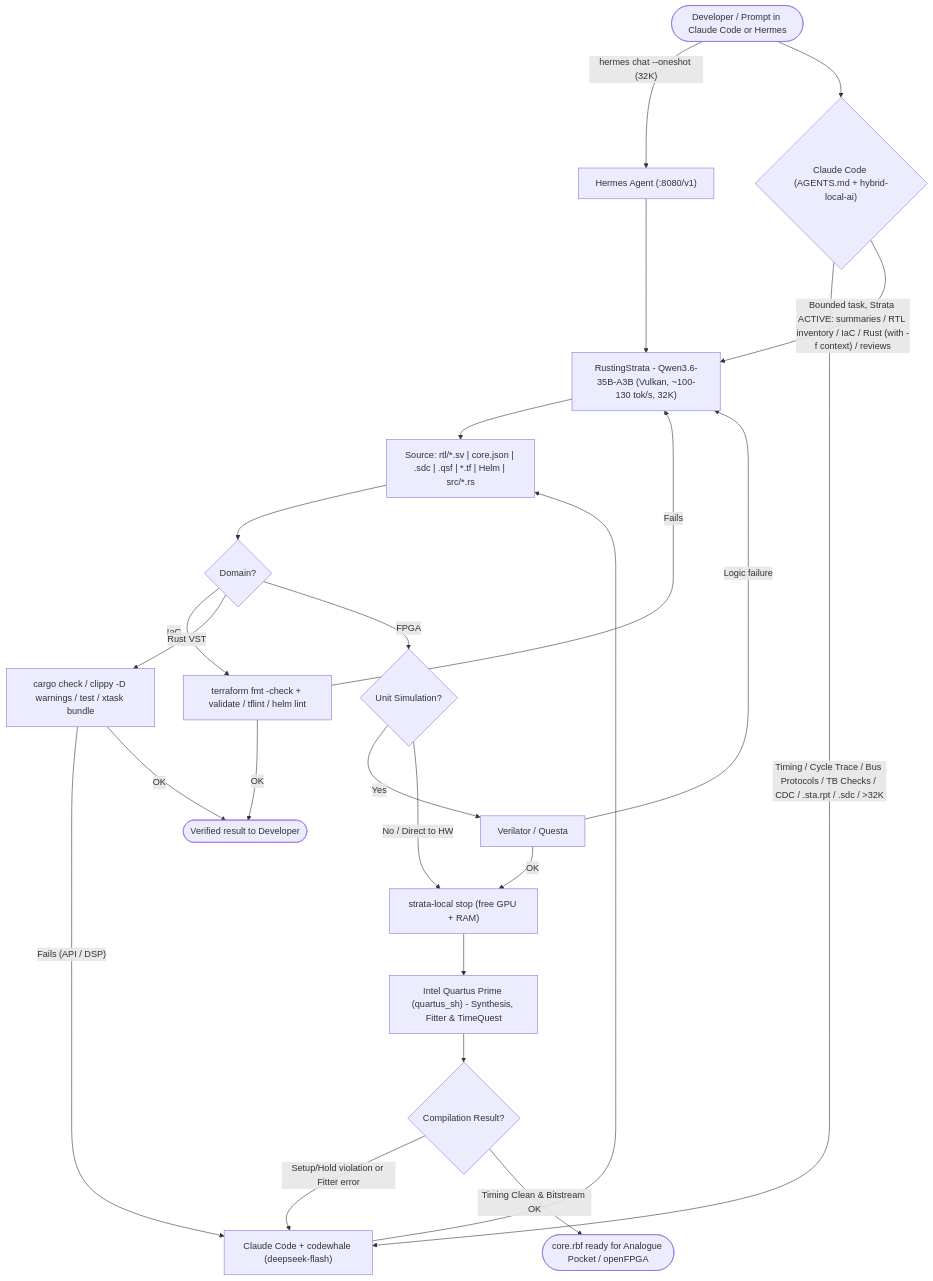
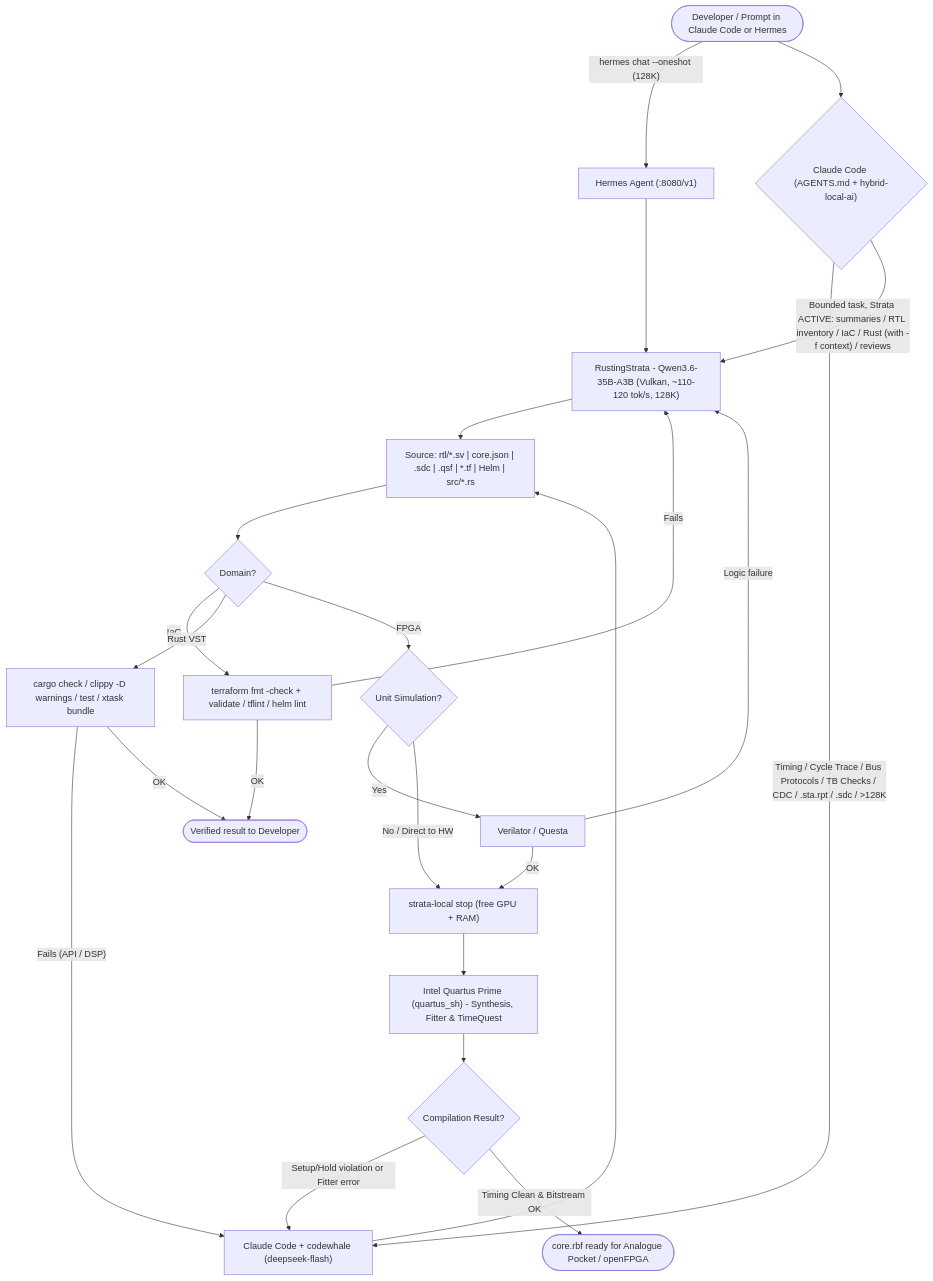
One commit to DanimanX/9070FpgaIAWorkflow changed the third of 3 diagrams in docs/ai-fpga-workflow.md. Above: the diagram before and after it, drawn with Mermaid. The commit also changed other lines of this file and 7 other files, not shown here.

````diff
--- a/docs/ai-fpga-workflow.md
+++ b/docs/ai-fpga-workflow.md
@@ -100,31 +100,31 @@
 ```mermaid
 flowchart TD
-    Dev(["Developer / Prompt in Claude Code or Hermes"]) -->|"hermes chat --oneshot (32K)"| Hermes["Hermes Agent (:8080/v1)"]
+    Dev(["Developer / Prompt in Claude Code or Hermes"]) -->|"hermes chat --oneshot (128K)"| Hermes["Hermes Agent (:8080/v1)"]
     Hermes --> Strata
     Dev --> Claude{"Claude Code (AGENTS.md + hybrid-local-ai)"}
 
-    Claude -->|"Timing / Cycle Trace / Bus Protocols / TB Checks / CDC / .sta.rpt / .sdc / >32K"| Arch["Claude Code + codewhale (deepseek-flash)"]
-    Claude -->|"Bounded task, Strata ACTIVE: summaries / RTL inventory / IaC / Rust (with -f context) / reviews"| Strata["RustingStrata - Qwen3.6-35B-A3B (Vulkan, ~100-130 tok/s, 32K)"]
+    Claude -->|"Timing / Cycle Trace / Bus Protocols / TB Checks / CDC / .sta.rpt / .sdc / >128K"| Arch["Claude Code + codewhale (deepseek-flash)"]
+    Claude -->|"Bounded task, Strata ACTIVE: summaries / RTL inventory / IaC / Rust (with -f context) / reviews"| Strata["RustingStrata - Qwen3.6-35B-A3B (Vulkan, ~110-120 tok/s, 128K)"]
 
     Arch --> Code["Source: rtl/*.sv | core.json | .sdc | .qsf | *.tf | Helm | src/*.rs"]
     Strata --> Code
 
     Code --> Domain{"Domain?"}
     Domain -->|"IaC"| TF["terraform fmt -check + validate / tflint / helm lint"]
     Domain -->|"Rust VST"| Cargo["cargo check / clippy -D warnings / test / xtask bundle"]
     TF -->|"Fails"| Strata
     Cargo -->|"Fails (API / DSP)"| Arch
     TF -->|"OK"| Done(["Verified result to Developer"])
     Cargo -->|"OK"| Done
 
     Domain -->|"FPGA"| Sim{"Unit Simulation?"}
     Sim -->|"Yes"| Verilator["Verilator / Questa"]
     Verilator -->|"Logic failure"| Strata
     Verilator -->|"OK"| Stop["strata-local stop (free GPU + RAM)"]
     Sim -->|"No / Direct to HW"| Stop
     Stop --> Quartus["Intel Quartus Prime (quartus_sh) - Synthesis, Fitter & TimeQuest"]
 
     Quartus --> Check{"Compilation Result?"}
     Check -->|"Setup/Hold violation or Fitter error"| Arch
     Check -->|"Timing Clean & Bitstream OK"| Bitstream(["core.rbf ready for Analogue Pocket / openFPGA"])
 ```
````
